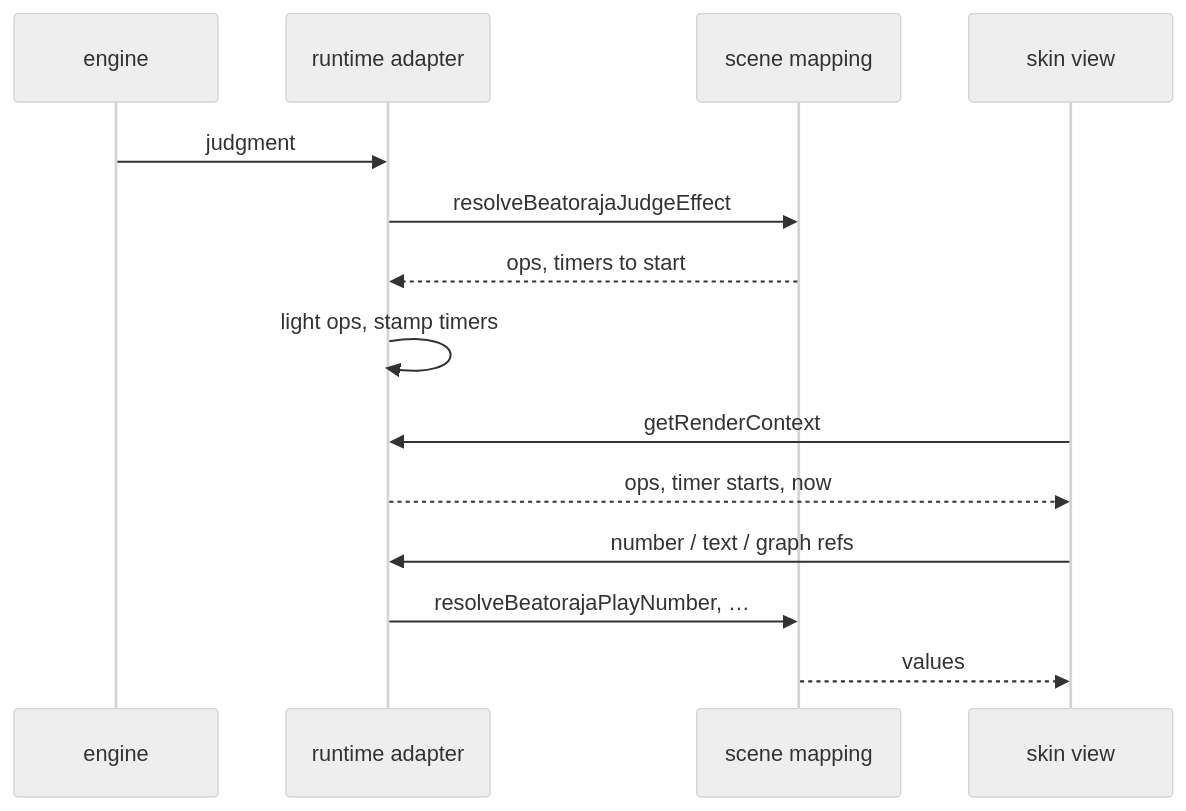
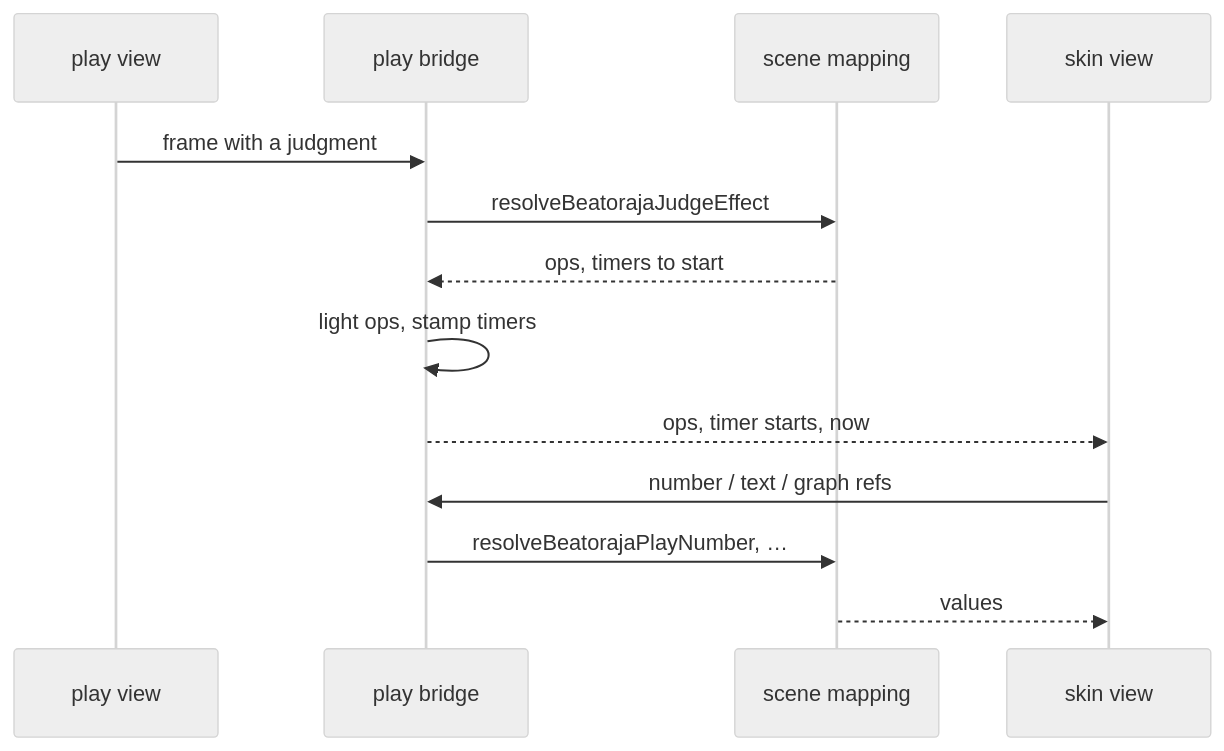
The second of 2 diagrams in docs/beatoraja-skin.md (nulltask/be-music), drawn with Mermaid (neutral theme) before and after one commit. The commit also changed other lines of this file and 10 other files, not shown here.

First line of the commit message:
docs: describe the beatoraja play view on createPlayScene, and add PL8 to the P4 migration [ci skip]

````diff
--- a/docs/beatoraja-skin.md
+++ b/docs/beatoraja-skin.md
@@ -191,16 +191,15 @@
 ```mermaid
 sequenceDiagram
-  participant E as engine
-  participant A as runtime adapter
+  participant P as play view
+  participant B as play bridge
   participant M as scene mapping
   participant V as skin view
-  E->>A: judgment
-  A->>M: resolveBeatorajaJudgeEffect
-  M-->>A: ops, timers to start
-  A->>A: light ops, stamp timers
-  V->>A: getRenderContext
-  A-->>V: ops, timer starts, now
-  V->>A: number / text / graph refs
-  A->>M: resolveBeatorajaPlayNumber, …
+  P->>B: frame with a judgment
+  B->>M: resolveBeatorajaJudgeEffect
+  M-->>B: ops, timers to start
+  B->>B: light ops, stamp timers
+  B-->>V: ops, timer starts, now
+  V->>B: number / text / graph refs
+  B->>M: resolveBeatorajaPlayNumber, …
   M-->>V: values
 ```
````
